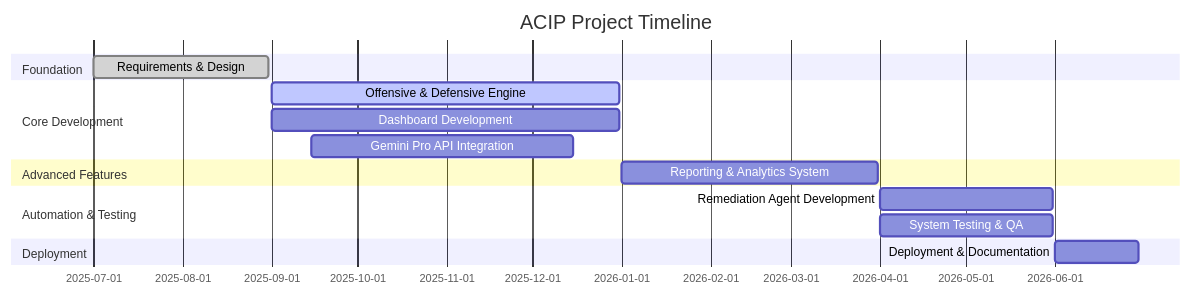
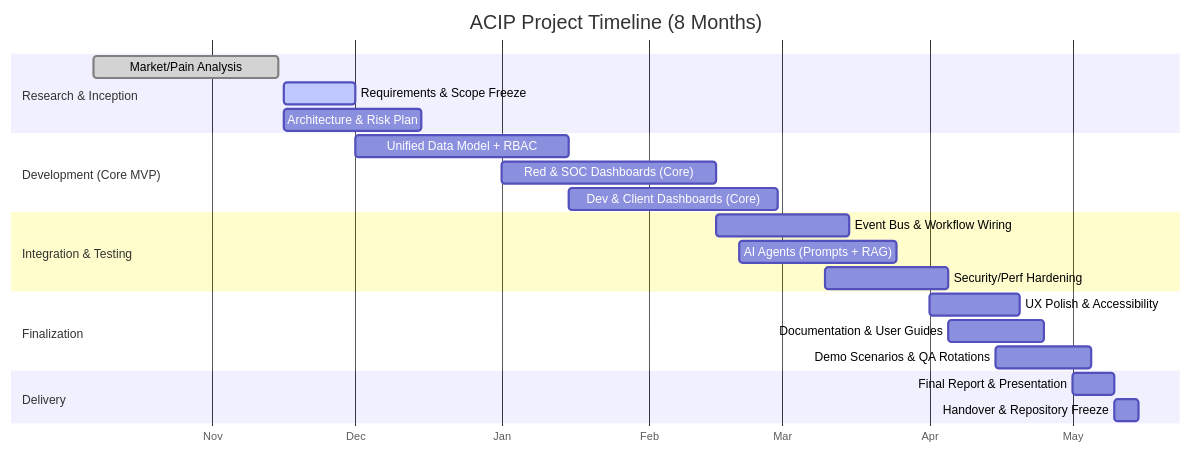
One commit to mahmoud01277599066-design/Advanced-Cybersecurity-Intelligence-Platform-v1 changed the eighth of 20 diagrams in 0 - Proposal.md. Above: the diagram before and after it, drawn with Mermaid. The commit also changed other lines of this file, not shown here.

````diff
--- a/0 - Proposal.md
+++ b/0 - Proposal.md
@@ -135,18 +173,30 @@
 ```mermaid
 gantt
-    title ACIP Project Timeline
-    dateFormat  YYYY-MM-DD
-    section Foundation
-    Requirements & Design       :done,    des1, 2025-07-01, 2025-08-31
-    section Core Development
-    Offensive & Defensive Engine :active,  core1, 2025-09-01, 2025-12-31
-    Dashboard Development        :         dash1, 2025-09-01, 2025-12-31
-    Gemini Pro API Integration   :         api1, 2025-09-15, 2025-12-15
-    section Advanced Features
-    Reporting & Analytics System :         rep1, 2026-01-01, 2026-03-31
-    section Automation & Testing
-    Remediation Agent Development:         rem1, 2026-04-01, 2026-05-31
-    System Testing & QA          :         test1, 2026-04-01, 2026-05-31
-    section Deployment
-    Deployment & Documentation  :         dep1, 2026-06-01, 2026-06-30
+  title ACIP Project Timeline (8 Months)
+  dateFormat  YYYY-MM-DD
+  axisFormat  %b
+
+  section Research & Inception
+  Market/Pain Analysis          :done,    r1, 2025-10-07, 2025-11-15
+  Requirements & Scope Freeze   :active,  r2, 2025-11-16, 2025-12-01
+  Architecture & Risk Plan      :         r3, 2025-11-16, 2025-12-15
+
+  section Development (Core MVP)
+  Unified Data Model + RBAC     :         d1, 2025-12-01, 2026-01-15
+  Red & SOC Dashboards (Core)   :         d2, 2026-01-01, 2026-02-15
+  Dev & Client Dashboards (Core):         d3, 2026-01-15, 2026-02-28
+
+  section Integration & Testing
+  Event Bus & Workflow Wiring   :         i1, 2026-02-15, 2026-03-15
+  AI Agents (Prompts + RAG)     :         i2, 2026-02-20, 2026-03-25
+  Security/Perf Hardening       :         i3, 2026-03-10, 2026-04-05
+
+  section Finalization
+  UX Polish & Accessibility     :         f1, 2026-04-01, 2026-04-20
+  Documentation & User Guides   :         f2, 2026-04-05, 2026-04-25
+  Demo Scenarios & QA Rotations :         f3, 2026-04-15, 2026-05-05
+
+  section Delivery
+  Final Report & Presentation   :         v1, 2026-05-01, 2026-05-10
+  Handover & Repository Freeze  :         v2, 2026-05-10, 2026-05-15
 ```
````
